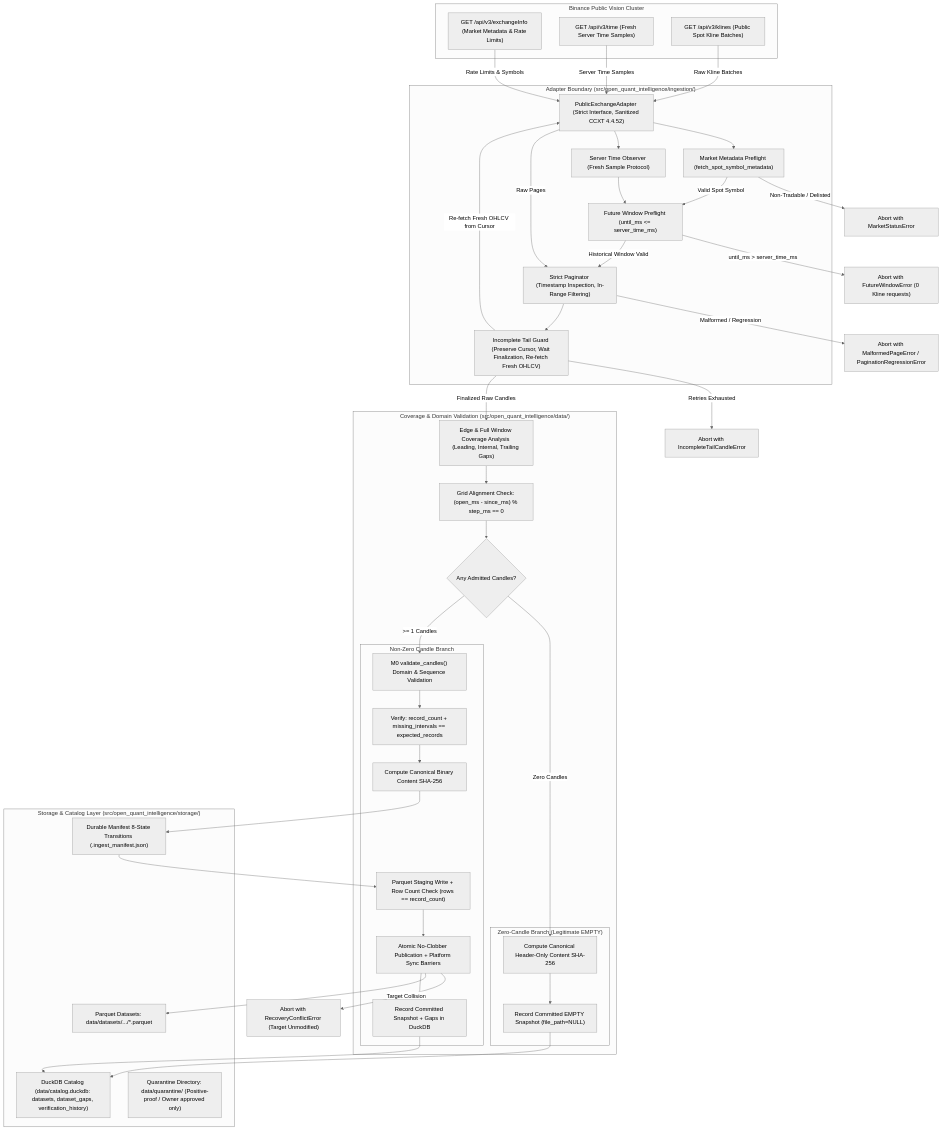
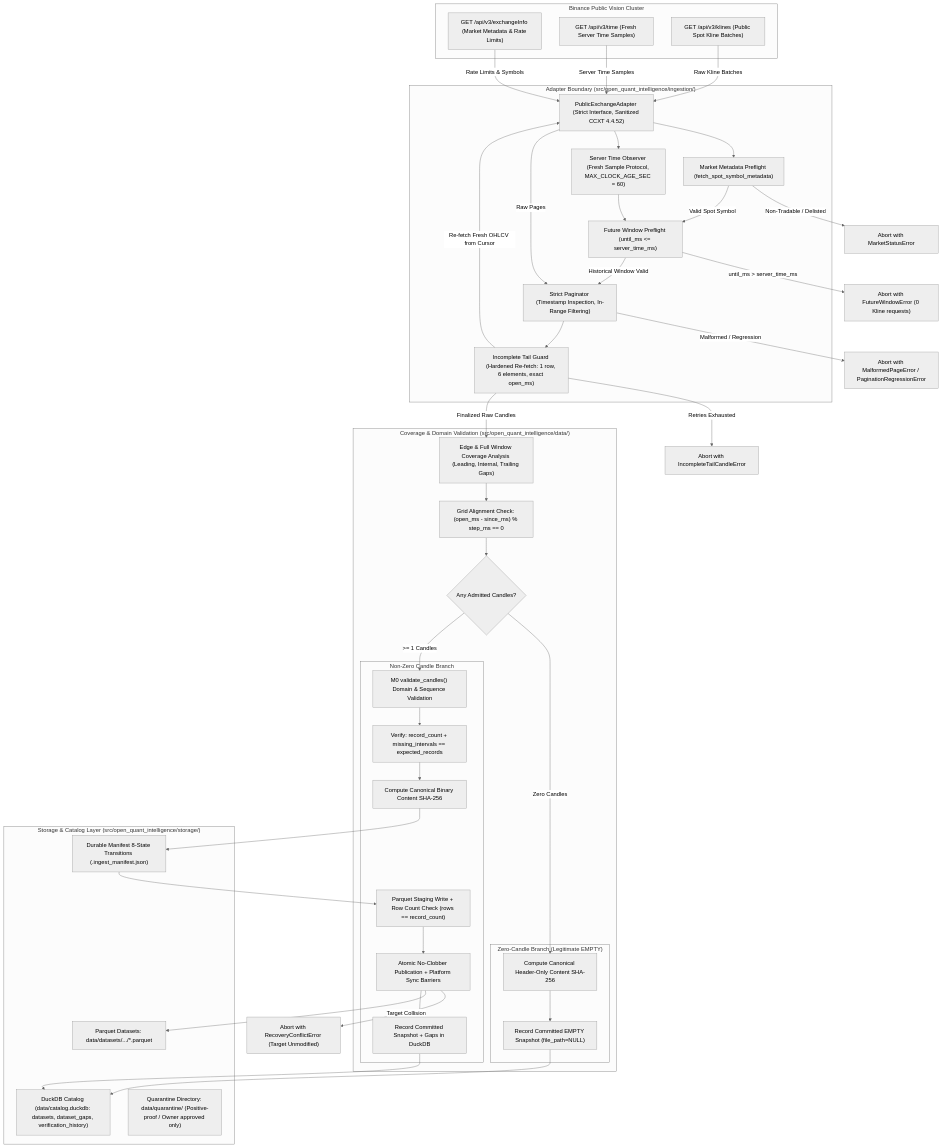
Before and after one commit to jayp91131-sudo/open-quant-intelligence: the diagram in docs/M1_ARCHITECTURE_PROPOSAL.md, drawn with Mermaid (neutral theme). The commit also changed other lines of this file, not shown here.

Commit message:
docs(m1): apply precision corrections to architecture proposal

````diff
--- a/docs/M1_ARCHITECTURE_PROPOSAL.md
+++ b/docs/M1_ARCHITECTURE_PROPOSAL.md
@@ -124,78 +124,78 @@
 ```mermaid
 flowchart TD
     subgraph Binance_Vision["Binance Public Vision Cluster"]
         ExchangeInfo["GET /api/v3/exchangeInfo (Market Metadata & Rate Limits)"]
         TimeAPI["GET /api/v3/time (Fresh Server Time Samples)"]
         API["GET /api/v3/klines (Public Spot Kline Batches)"]
     end
 
     subgraph Ingestion_Adapter["Adapter Boundary (src/open_quant_intelligence/ingestion/)"]
         Adapter["PublicExchangeAdapter (Strict Interface, Sanitized CCXT 4.4.52)"]
         MarketPreflight["Market Metadata Preflight (fetch_spot_symbol_metadata)"]
         WindowPreflight["Future Window Preflight (until_ms <= server_time_ms)"]
-        ClockSync["Server Time Observer (Fresh Sample Protocol)"]
+        ClockSync["Server Time Observer (Fresh Sample Protocol, MAX_CLOCK_AGE_SEC = 60)"]
         Paginator["Strict Paginator (Timestamp Inspection, In-Range Filtering)"]
-        TailRefetch["Incomplete Tail Guard (Preserve Cursor, Wait Finalization, Re-fetch Fresh OHLCV)"]
+        TailRefetch["Incomplete Tail Guard (Hardened Re-fetch: 1 row, 6 elements, exact open_ms)"]
     end
 
     subgraph Coverage_Validation["Coverage & Domain Validation (src/open_quant_intelligence/data/)"]
         EdgeGapAnalysis["Edge & Full Window Coverage Analysis (Leading, Internal, Trailing Gaps)"]
         GridAlignmentCheck["Grid Alignment Check: (open_ms - since_ms) % step_ms == 0"]
         Decision{"Any Admitted Candles?"}
         
         subgraph Zero_Branch["Zero-Candle Branch (Legitimate EMPTY)"]
             EmptyDigest["Compute Canonical Header-Only Content SHA-256"]
             EmptyCatalog["Record Committed EMPTY Snapshot (file_path=NULL)"]
         end
         
         subgraph Non_Zero_Branch["Non-Zero Candle Branch"]
             M0Validator["M0 validate_candles() Domain & Sequence Validation"]
             QualityCheck["Verify: record_count + missing_intervals == expected_records"]
             DataDigest["Compute Canonical Binary Content SHA-256"]
             Staging["Parquet Staging Write + Row Count Check (rows == record_count)"]
             Publication["Atomic No-Clobber Publication + Platform Sync Barriers"]
             DataCatalog["Record Committed Snapshot + Gaps in DuckDB"]
         end
     end
 
     subgraph Storage_Catalog["Storage & Catalog Layer (src/open_quant_intelligence/storage/)"]
         ManifestManager["Durable Manifest 8-State Transitions (.ingest_manifest.json)"]
         DataFiles["Parquet Datasets: data/datasets/.../*.parquet"]
         DuckDBCatalog["DuckDB Catalog (data/catalog.duckdb: datasets, dataset_gaps, verification_history)"]
         Quarantine["Quarantine Directory: data/quarantine/ (Positive-proof / Owner approved only)"]
     end
 
     ExchangeInfo -->|Rate Limits & Symbols| Adapter
     Adapter --> MarketPreflight
     MarketPreflight -->|Non-Tradable / Delisted| HaltPre["Abort with MarketStatusError"]
     MarketPreflight -->|Valid Spot Symbol| WindowPreflight
     TimeAPI -->|Server Time Samples| Adapter
     Adapter --> ClockSync
     ClockSync --> WindowPreflight
     WindowPreflight -->|until_ms > server_time_ms| HaltFuture["Abort with FutureWindowError (0 Kline requests)"]
     WindowPreflight -->|Historical Window Valid| Paginator
     API -->|Raw Kline Batches| Adapter
     Adapter -->|Raw Pages| Paginator
     Paginator -->|Malformed / Regression| HaltPag["Abort with MalformedPageError / PaginationRegressionError"]
     Paginator --> TailRefetch
     TailRefetch -->|Re-fetch Fresh OHLCV from Cursor| Adapter
     TailRefetch -->|Retries Exhausted| AbortTail["Abort with IncompleteTailCandleError"]
     TailRefetch -->|Finalized Raw Candles| EdgeGapAnalysis
     EdgeGapAnalysis --> GridAlignmentCheck
     GridAlignmentCheck --> Decision
     
     Decision -->|Zero Candles| EmptyDigest
     EmptyDigest --> EmptyCatalog
     EmptyCatalog --> DuckDBCatalog
     
     Decision -->|>= 1 Candles| M0Validator
     M0Validator --> QualityCheck
     QualityCheck --> DataDigest
     DataDigest --> ManifestManager
     ManifestManager --> Staging
     Staging --> Publication
     Publication -->|Target Collision| HaltCollision["Abort with RecoveryConflictError (Target Unmodified)"]
     Publication --> DataFiles
     Publication --> DataCatalog
     DataCatalog --> DuckDBCatalog
 ```
````
